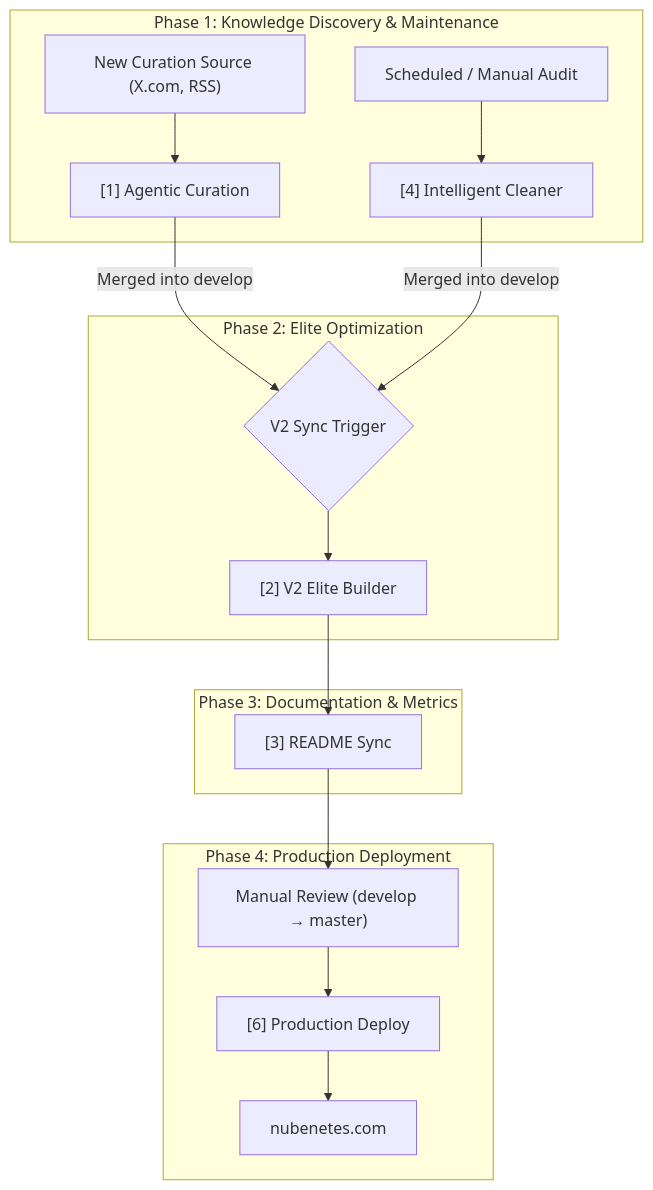
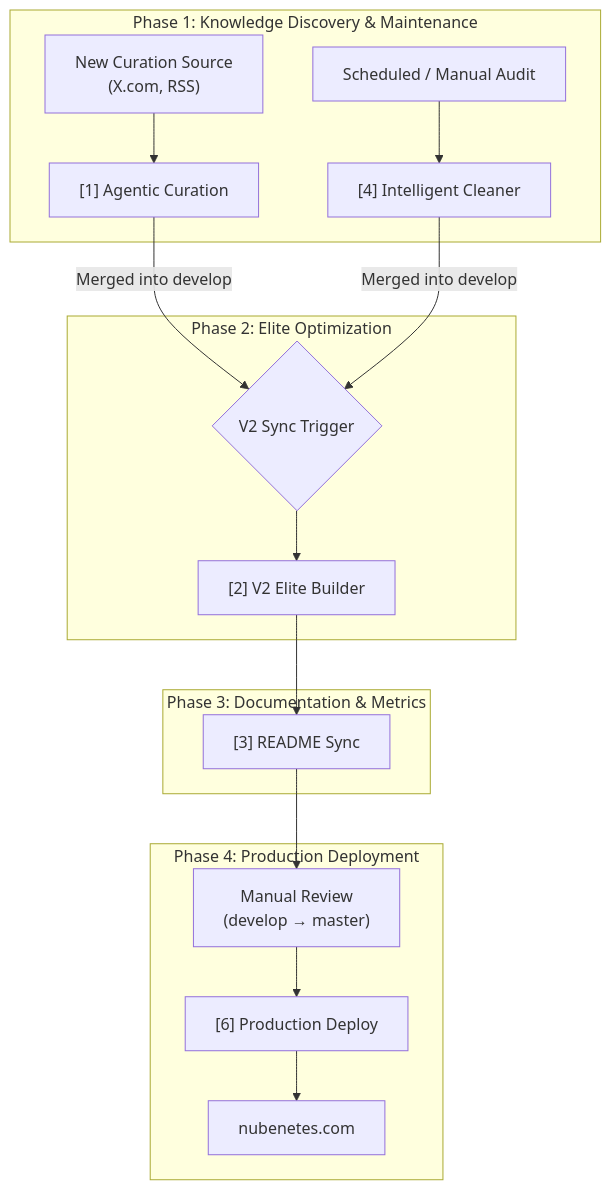
The eighth of 10 diagrams in README.md (nubenetes/awesome-kubernetes), drawn with Mermaid before and after one commit. The commit also changed 1 other file, not shown here.

Commit message:
style: harden Mermaid standards and fix label truncation in README

````diff
--- a/README.md
+++ b/README.md
@@ -543,24 +543,24 @@
 ```mermaid
 graph TD
     subgraph "Phase 1: Knowledge Discovery & Maintenance"
-        A["New Curation Source (X.com, RSS)"] --> B["[1] Agentic Curation"]
+        A["New Curation Source<br/>(X.com, RSS)"] --> B["[1] Agentic Curation"]
         C["Scheduled / Manual Audit"] --> D["[4] Intelligent Cleaner"]
     end
 
     B -->|Merged into develop| E{"V2 Sync Trigger"}
     D -->|Merged into develop| E
     
     subgraph "Phase 2: Elite Optimization"
         E --> F["[2] V2 Elite Builder"]
     end
 
     subgraph "Phase 3: Documentation & Metrics"
         F --> G["[3] README Sync"]
     end
 
     subgraph "Phase 4: Production Deployment"
-        G --> H["Manual Review (develop → master)"]
+        G --> H["Manual Review<br/>(develop → master)"]
         H --> I["[6] Production Deploy"]
         I --> J["nubenetes.com"]
     end
 ```
````
